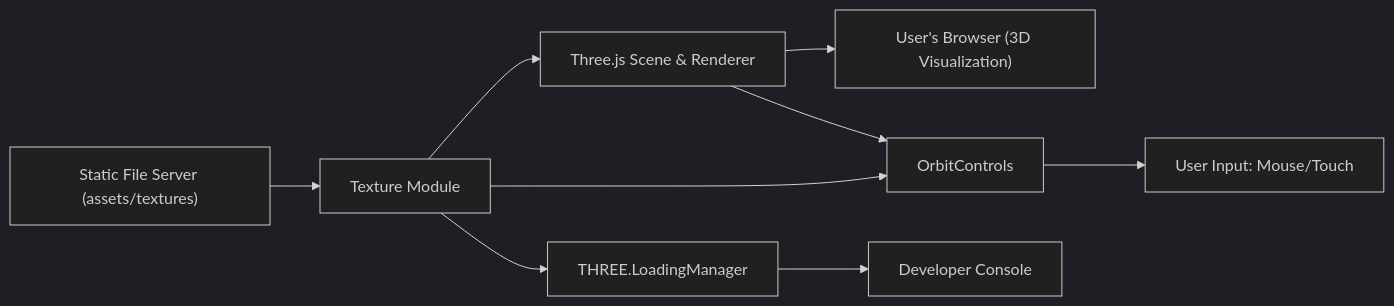
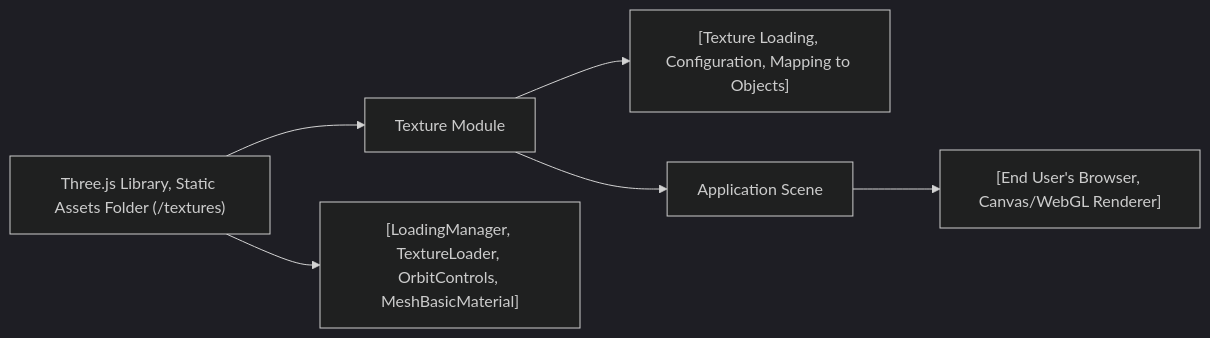
Before and after one commit to NicoooM/three-js-test: the diagram in .shelfya/guide/texture.md, drawn with Mermaid (dark theme). The commit also changed other lines of this file and 15 other files, not shown here.

````diff
--- a/.shelfya/guide/texture.md
+++ b/.shelfya/guide/texture.md
@@ -59,11 +51,8 @@
 ```mermaid
 flowchart LR
-  fs["Static File Server (assets/textures)"] --> textureModule["Texture Module"]
-  textureModule["Texture Module"] --> threejs["Three.js Scene & Renderer"]
-  threejs --> userView["User's Browser (3D Visualization)"]
-  textureModule --> loadingManager["THREE.LoadingManager"]
-  textureModule --> controls["OrbitControls"]
-  loadingManager --> devConsole["Developer Console"]
-  threejs --> controls
-  controls --> userInput["User Input: Mouse/Touch"]
+  dependencies["Three.js Library, Static Assets Folder (/textures)"] --> thisModule["Texture Module"]
+  dependencies --> details["[LoadingManager, TextureLoader, OrbitControls, MeshBasicMaterial]"]
+  thisModule --> process["[Texture Loading, Configuration, Mapping to Objects]"]
+  thisModule --> usedBy["Application Scene"]
+  usedBy --> consumers["[End User's Browser, Canvas/WebGL Renderer]"]
 ```
````
